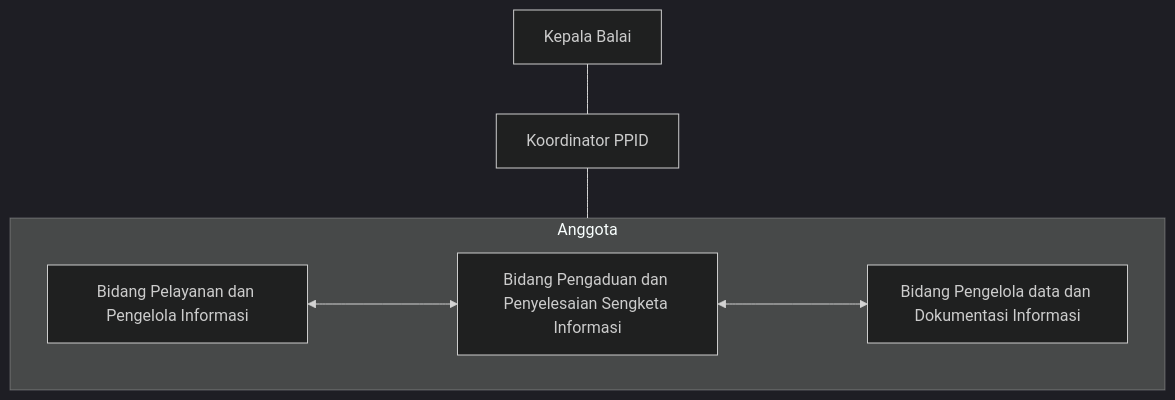
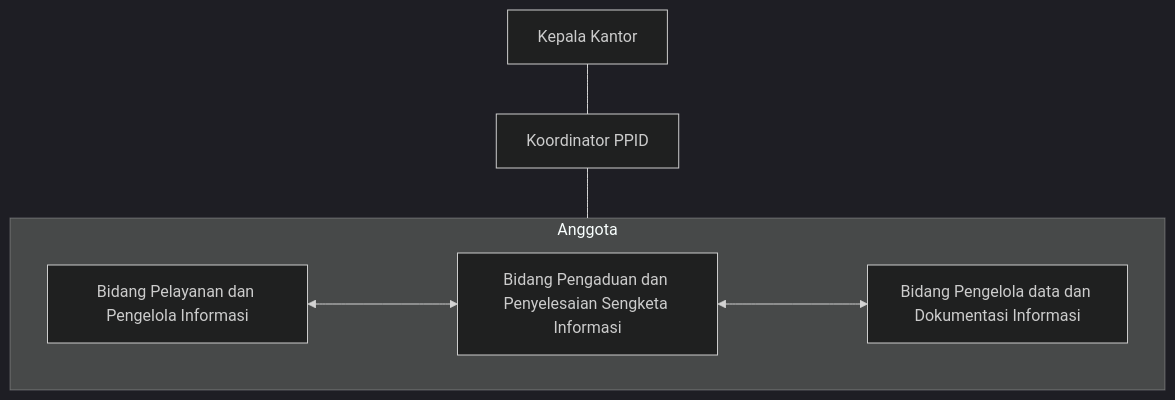
One commit to gov0435/docs changed the diagram in struktur.mdx. Above: the diagram before and after it, drawn with Mermaid (dark theme). The commit also changed other lines of this file and 21 other files, not shown here.

````diff
--- a/struktur.mdx
+++ b/struktur.mdx
@@ -11,11 +12,11 @@
 ```mermaid
 flowchart TD
-    A[Kepala Balai] --- B[Koordinator PPID]
+    A[Kepala Kantor] --- B[Koordinator PPID]
     B --- Anggota
     subgraph Anggota
         direction LR
         C1[Bidang Pelayanan dan Pengelola Informasi] <---> C2[Bidang Pengaduan dan Penyelesaian Sengketa Informasi]
         C2 <---> C3[Bidang Pengelola data dan Dokumentasi Informasi]
     end
-  
+
 ```
````
